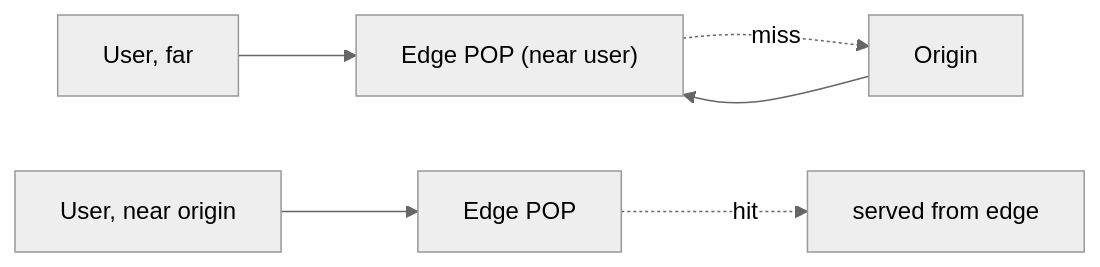
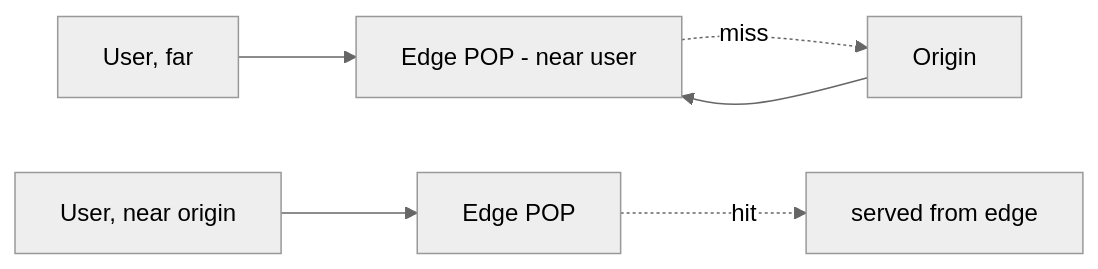
Before and after one commit to RIT-MESH/system-design-mastery: the first of 2 diagrams in docs/02-core-components/03-cdn-caching.md, drawn with Mermaid (neutral theme). The commit also changed 139 other files, not shown here.

First line of the commit message:
Fix Mermaid parse errors: replace parentheses in node labels across 140 files

````diff
--- a/docs/02-core-components/03-cdn-caching.md
+++ b/docs/02-core-components/03-cdn-caching.md
@@ -17,9 +17,9 @@
 ```mermaid
 %% created-for: system-design-mastery
 flowchart LR
-  U1["User, far"] --> Edge1["Edge POP (near user)"]
+  U1["User, far"] --> Edge1["Edge POP - near user"]
   U2["User, near origin"] --> Edge2["Edge POP"]
   Edge1 -.miss.-> Origin["Origin"]
   Edge2 -.hit.-> H["served from edge"]
   Origin --> Edge1
 ```
````
